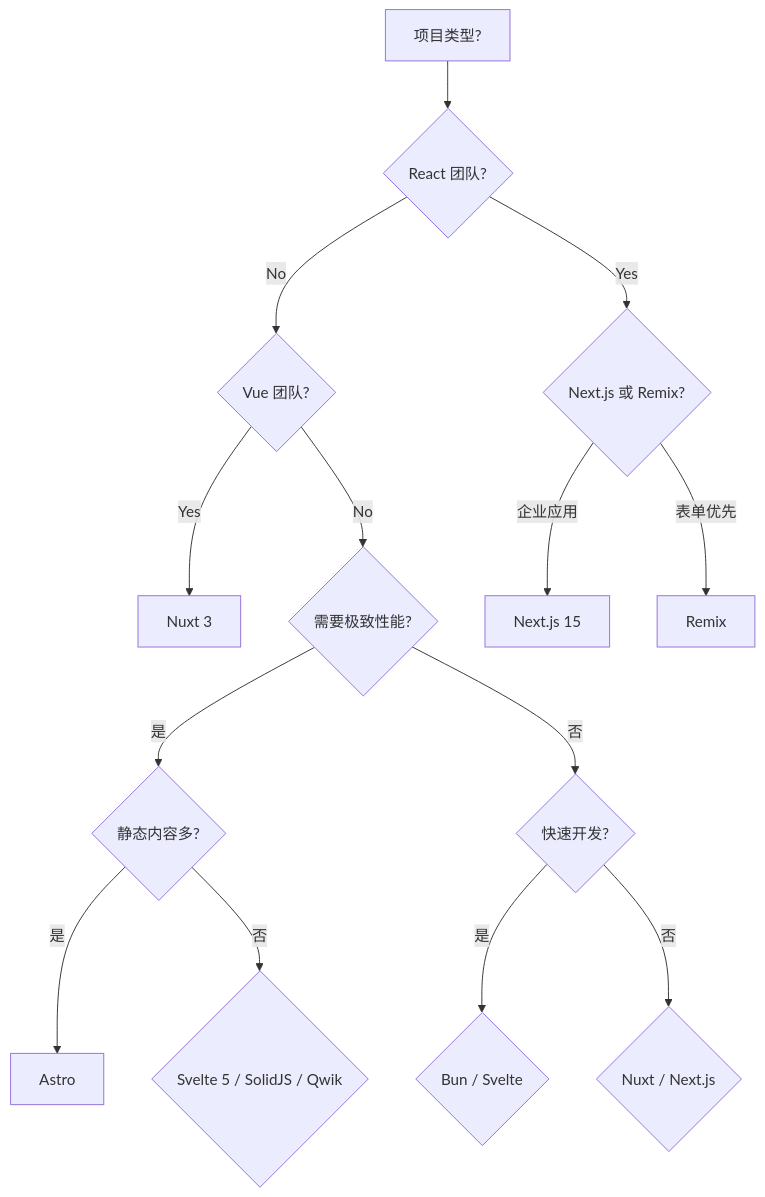
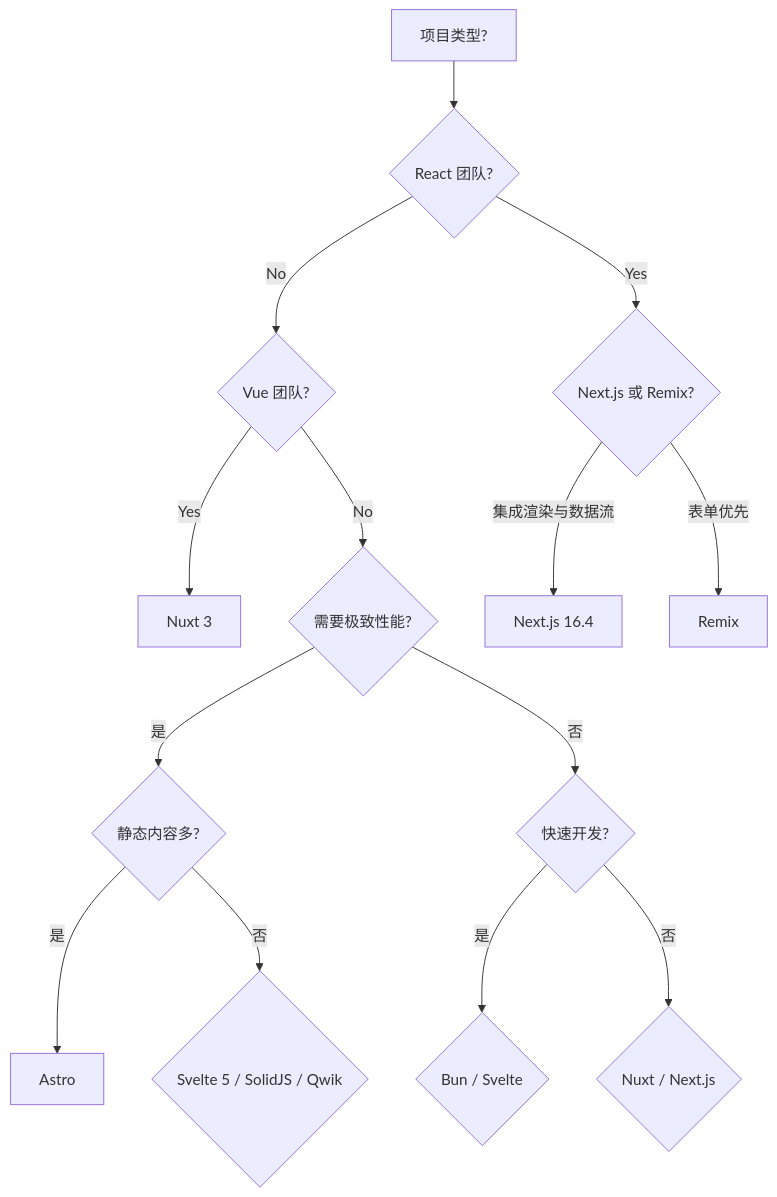
The second of 2 diagrams in docs/open-source/frontend-frameworks/runtime-and-selection.md (Shyu-x/frontend-interview), drawn with Mermaid before and after one commit. The commit also changed other lines of this file and 10 other files, not shown here.

````diff
--- a/docs/open-source/frontend-frameworks/runtime-and-selection.md
+++ b/docs/open-source/frontend-frameworks/runtime-and-selection.md
@@ -679,20 +671,20 @@
 ```mermaid
 flowchart TD
     A["项目类型?"] --> B{"React 团队?"}
     B -->|Yes| C{"Next.js 或 Remix?"}
     B -->|No| D{"Vue 团队?"}
     D -->|Yes| E["Nuxt 3"]
     D -->|No| F{"需要极致性能?"}
     
-    C -->|企业应用| G["Next.js 15"]
+    C -->|集成渲染与数据流| G["Next.js 16.4"]
     C -->|表单优先| H["Remix"]
     
     F -->|是| I{"静态内容多?"}
     F -->|否| J{"快速开发?"}
     
     I -->|是| K["Astro"]
     I -->|否| L{"Svelte 5 / SolidJS / Qwik"}
     
     J -->|是| M{"Bun / Svelte"}
     J -->|否| N{"Nuxt / Next.js"}
 ```
````
